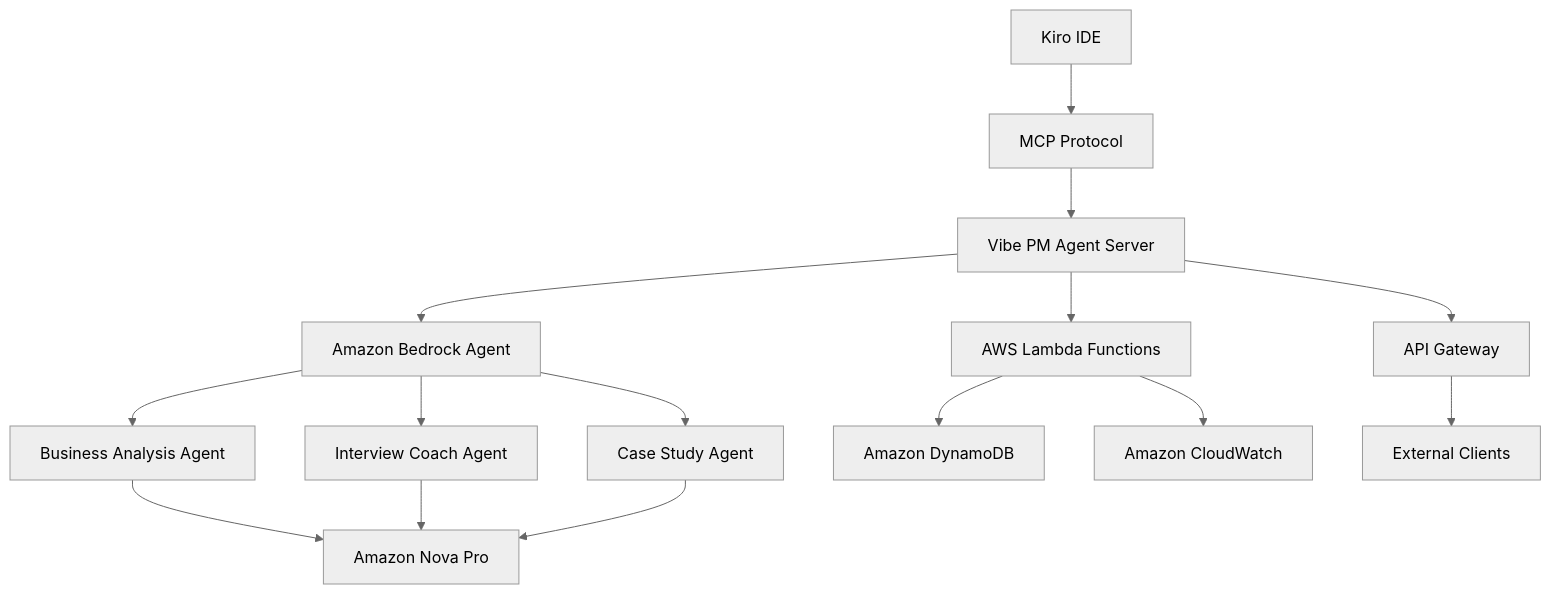
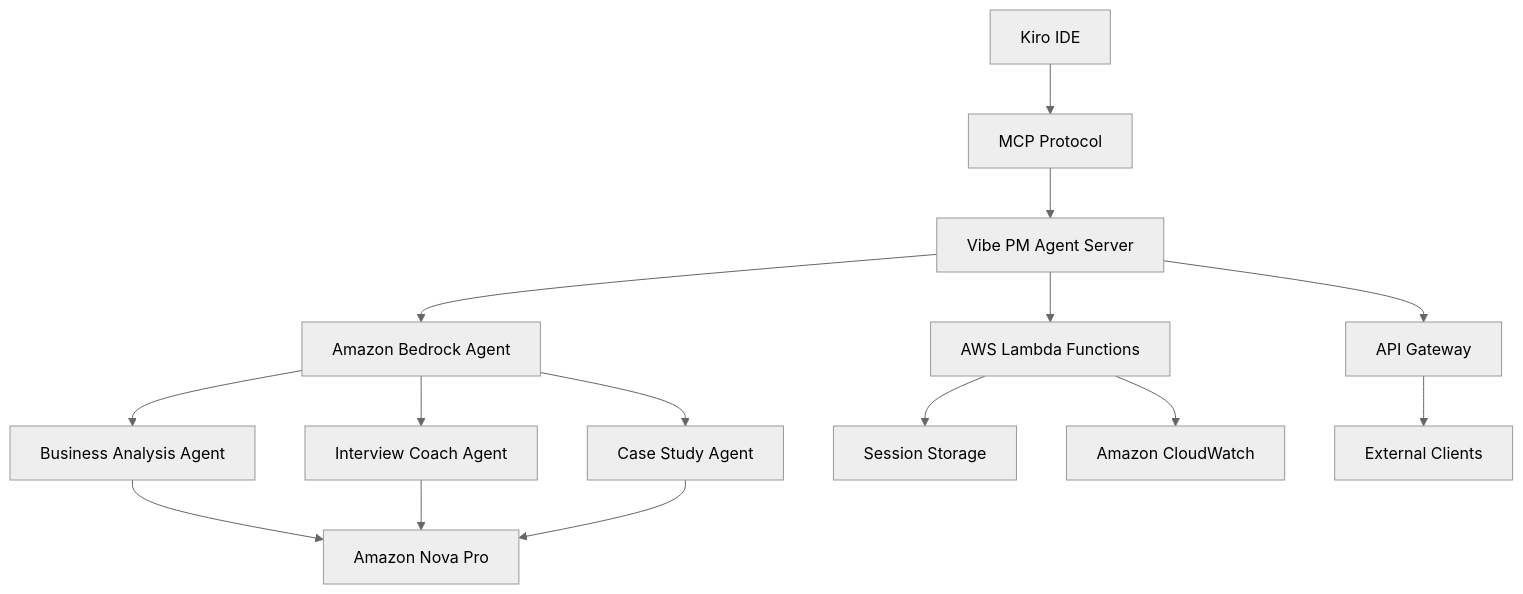
The third of 3 diagrams in README.md (ilkan/vibe-pm-agent), drawn with Mermaid (neutral theme) before and after one commit. The commit also changed other lines of this file and 1 other file, not shown here.

First line of the commit message:
Fix DynamoDB references to reflect actual implementation

````diff
--- a/README.md
+++ b/README.md
@@ -866,17 +875,17 @@
 ```mermaid
 graph TB
     A[Kiro IDE] --> B[MCP Protocol]
     B --> C[Vibe PM Agent Server]
     C --> D[Amazon Bedrock Agent]
     D --> E[Business Analysis Agent]
     D --> F[Interview Coach Agent]
     D --> G[Case Study Agent]
     E --> H[Amazon Nova Pro]
     F --> H
     G --> H
     C --> I[AWS Lambda Functions]
-    I --> J[Amazon DynamoDB]
+    I --> J[Session Storage]
     I --> K[Amazon CloudWatch]
     C --> L[API Gateway]
     L --> M[External Clients]
 ```
````
